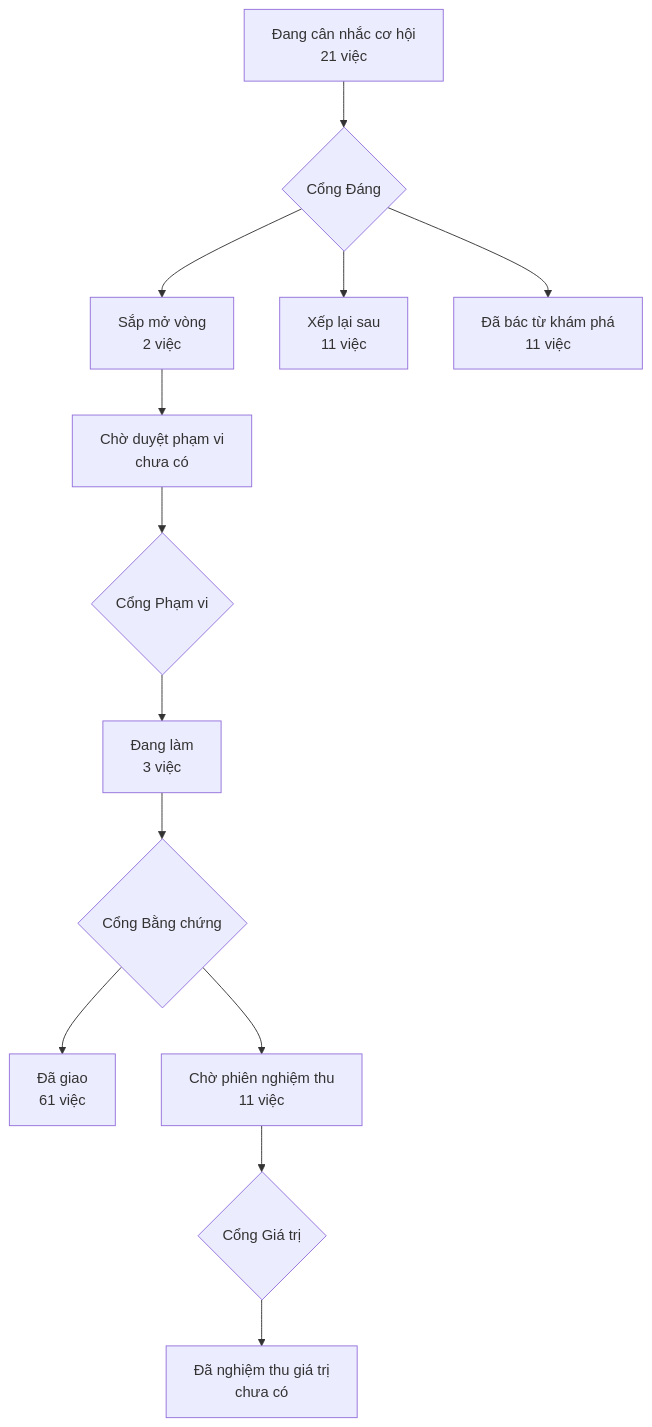
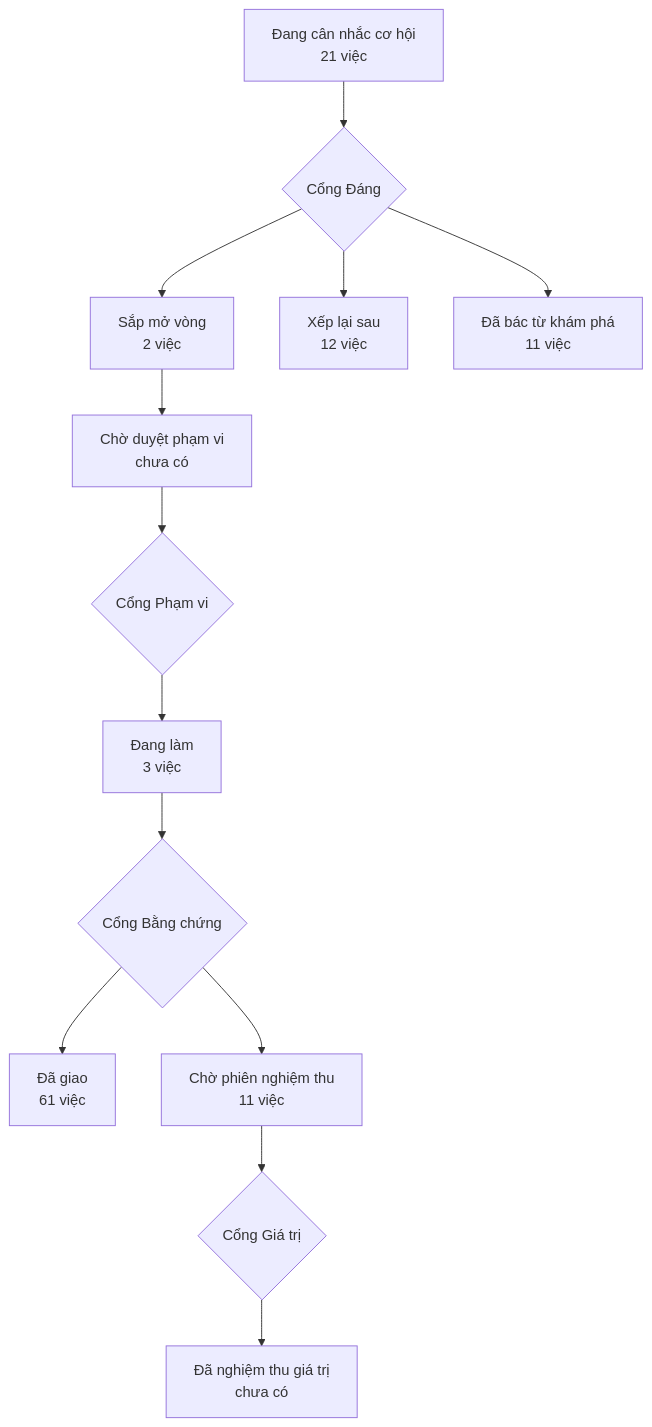
The diagram in PRODUCT-MAP.md (phanlemanh/acceptance-gate-kit), drawn with Mermaid before and after one commit. The commit also changed other lines of this file and 3 other files, not shown here.

````diff
--- a/PRODUCT-MAP.md
+++ b/PRODUCT-MAP.md
@@ -6,12 +6,12 @@
 ```mermaid
 flowchart TD
   A["Đang cân nhắc cơ hội<br/>21 việc"] --> GD{"Cổng Đáng"}
   GD --> B["Sắp mở vòng<br/>2 việc"]
-  GD --> XL["Xếp lại sau<br/>11 việc"]
+  GD --> XL["Xếp lại sau<br/>12 việc"]
   GD --> DB["Đã bác từ khám phá<br/>11 việc"]
   B --> CD["Chờ duyệt phạm vi<br/>chưa có"] --> GP{"Cổng Phạm vi"}
   GP --> DL["Đang làm<br/>3 việc"] --> GB{"Cổng Bằng chứng"}
   GB --> DG["Đã giao<br/>61 việc"]
   GB --> CN["Chờ phiên nghiệm thu<br/>11 việc"] --> GG{"Cổng Giá trị"}
   GG --> NT["Đã nghiệm thu giá trị<br/>chưa có"]
 ```
````
